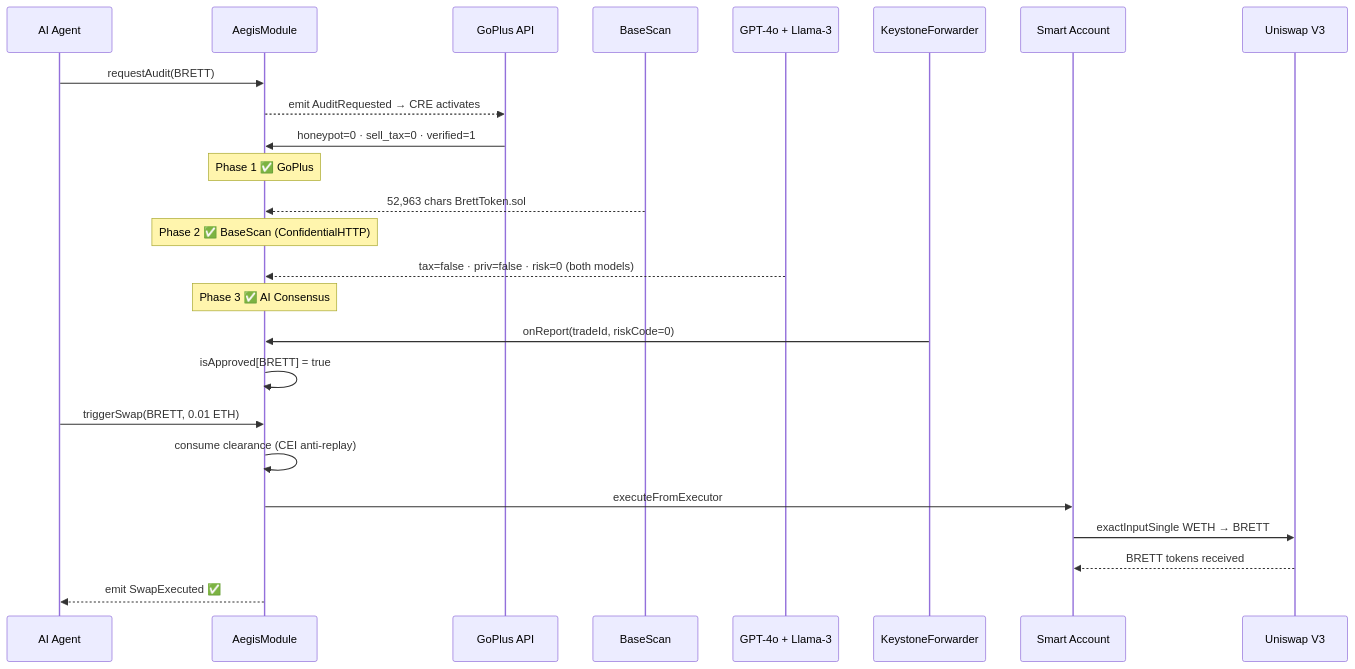
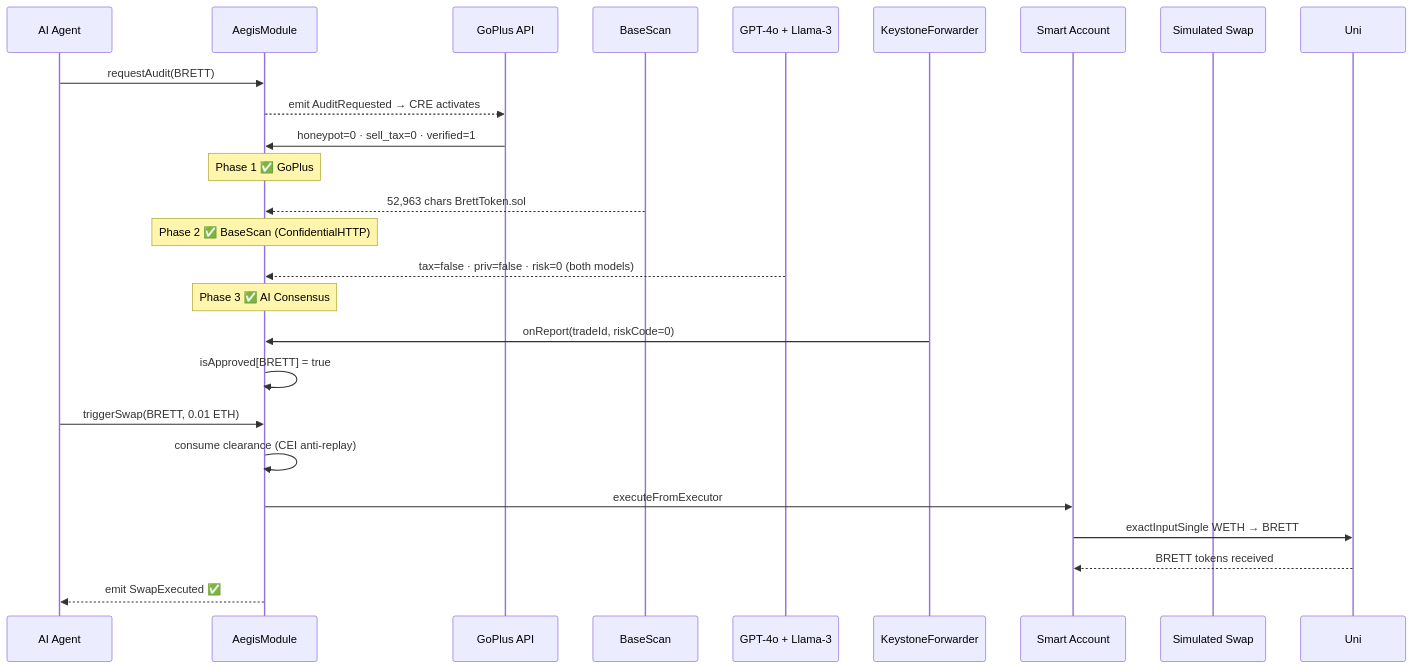
Diagram 12 of 12 in docs/ARCHITECTURE.md (vjb/aegis-v4), drawn with Mermaid before and after one commit. The commit also changed other lines of this file, not shown here.

Commit message:
fix: remove false Uniswap V3 claims from architecture docs

````diff
--- a/docs/ARCHITECTURE.md
+++ b/docs/ARCHITECTURE.md
@@ -340,33 +340,33 @@
 ```mermaid
 sequenceDiagram
     participant Agent as AI Agent
     participant AM as AegisModule
     participant GP as GoPlus API
     participant BS as BaseScan
     participant LLM as GPT-4o + Llama-3
     participant KF as KeystoneForwarder
     participant Safe as Smart Account
-    participant Uni as Uniswap V3
+    participant Swap as Simulated Swap
 
     Agent->>AM: requestAudit(BRETT)
     AM-->>GP: emit AuditRequested → CRE activates
 
     GP->>AM: honeypot=0 · sell_tax=0 · verified=1
     Note over AM: Phase 1 ✅ GoPlus
 
     BS-->>AM: 52,963 chars BrettToken.sol
     Note over AM: Phase 2 ✅ BaseScan (ConfidentialHTTP)
 
     LLM-->>AM: tax=false · priv=false · risk=0 (both models)
     Note over AM: Phase 3 ✅ AI Consensus
 
     KF->>AM: onReport(tradeId, riskCode=0)
     AM->>AM: isApproved[BRETT] = true
 
     Agent->>AM: triggerSwap(BRETT, 0.01 ETH)
     AM->>AM: consume clearance (CEI anti-replay)
     AM->>Safe: executeFromExecutor
     Safe->>Uni: exactInputSingle WETH → BRETT
     Uni-->>Safe: BRETT tokens received
     AM-->>Agent: emit SwapExecuted ✅
 ```
````
